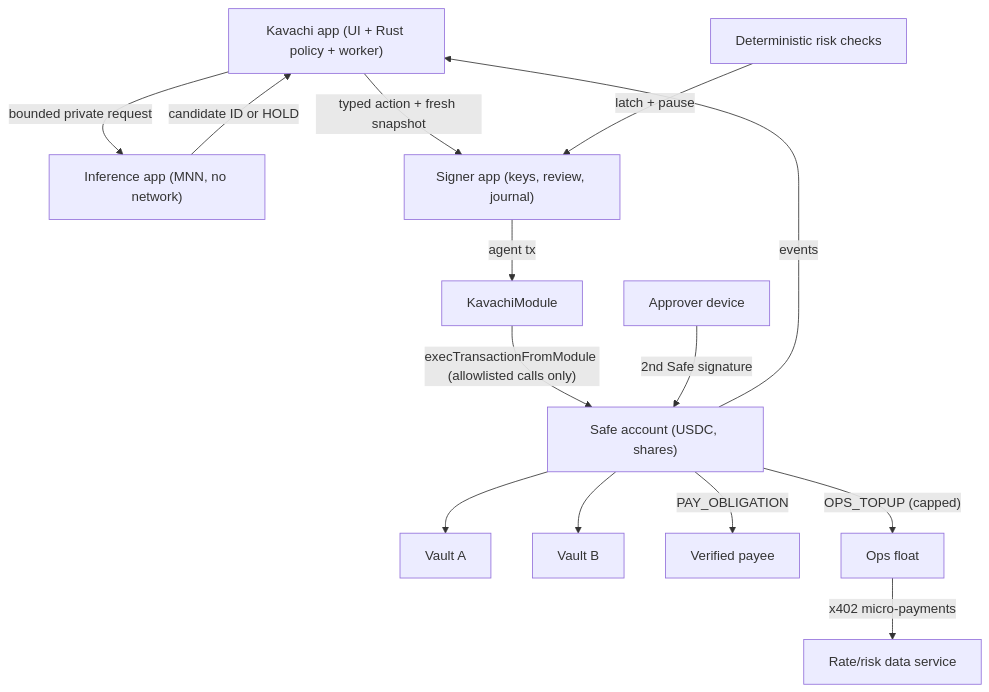
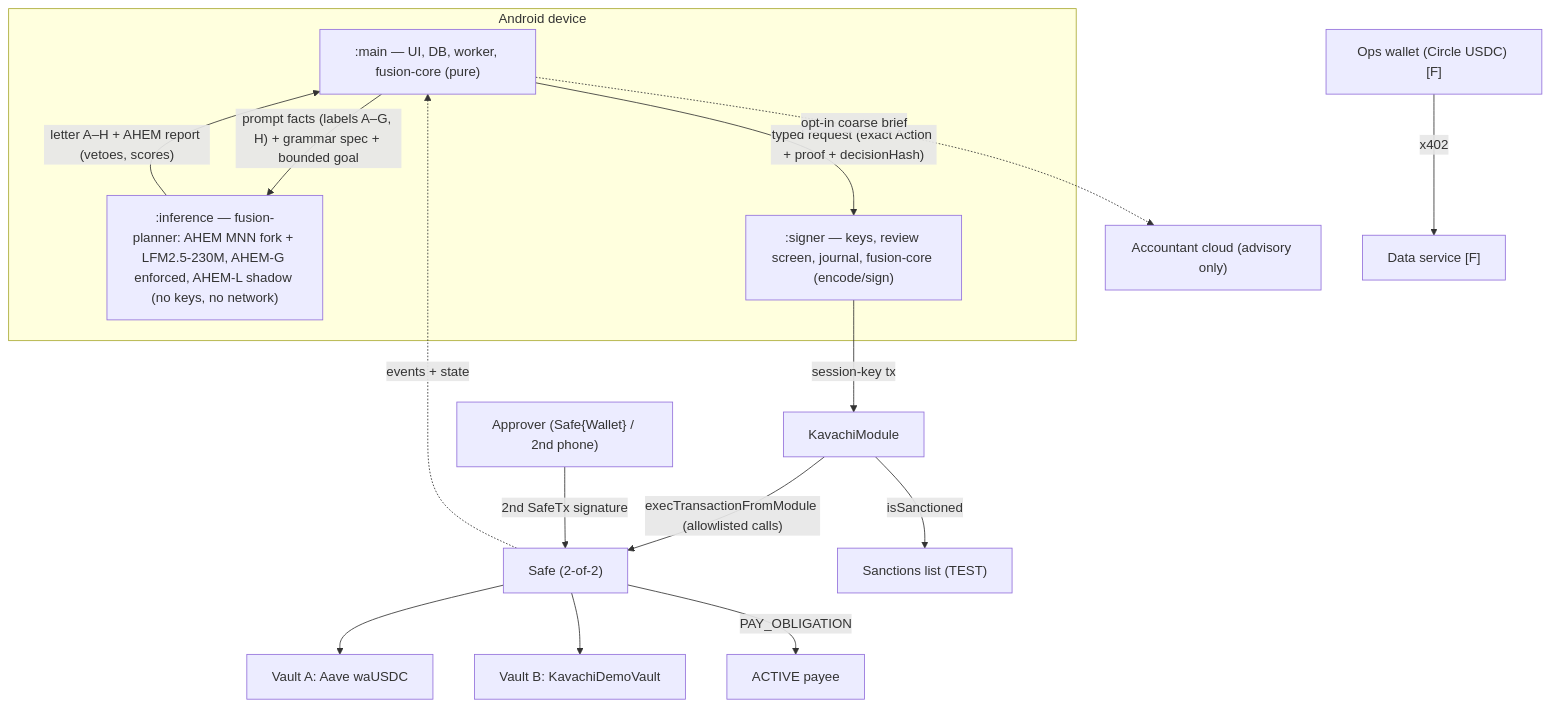
One commit to AdribMahmud101/fusion_wallet changed the diagram in system architecture/fusion_wallet_architecture.md. Above: the diagram before and after it, drawn with Mermaid. The commit also changed other lines of this file and 8 other files, not shown here.

Commit message:
Architecture spec v5.0; archive v4.0; scaffold helper/ with competition rules

````diff
--- a/system architecture/fusion_wallet_architecture.md
+++ b/system architecture/fusion_wallet_architecture.md
@@ -163,16 +425,21 @@
 ```mermaid
 flowchart TD
-  UI["Kavachi app (UI + Rust policy + worker)"] -->|"bounded private request"| AI["Inference app (MNN, no network)"]
-  AI -->|"candidate ID or HOLD"| UI
-  UI -->|"typed action + fresh snapshot"| SIGN["Signer app (keys, review, journal)"]
-  SIGN -->|"agent tx"| MOD["KavachiModule"]
-  MOD -->|"execTransactionFromModule (allowlisted calls only)"| SAFE["Safe account (USDC, shares)"]
-  SAFE --> VA["Vault A"]
-  SAFE --> VB["Vault B"]
-  SAFE -->|"PAY_OBLIGATION"| PAYEE["Verified payee"]
-  SAFE -->|"OPS_TOPUP (capped)"| OPS["Ops float"]
-  OPS -->|"x402 micro-payments"| DATA["Rate/risk data service"]
-  APPR["Approver device"] -->|"2nd Safe signature"| SAFE
-  SAFE -->|"events"| UI
-  RISK["Deterministic risk checks"] -->|"latch + pause"| SIGN
+  subgraph Phone["Android device"]
+    UI[":main — UI, DB, worker, fusion-core (pure)"]
+    INF[":inference — fusion-planner: AHEM MNN fork + LFM2.5-230M, AHEM-G enforced, AHEM-L shadow (no keys, no network)"]
+    SIG[":signer — keys, review screen, journal, fusion-core (encode/sign)"]
+  end
+  UI -->|"prompt facts (labels A–G, H) + grammar spec + bounded goal"| INF
+  INF -->|"letter A–H + AHEM report (vetoes, scores)"| UI
+  UI -->|"typed request (exact Action + proof + decisionHash)"| SIG
+  SIG -->|"session-key tx"| MOD["KavachiModule"]
+  MOD -->|"execTransactionFromModule (allowlisted calls)"| SAFE["Safe (2-of-2)"]
+  SAFE --> VA["Vault A: Aave waUSDC"]
+  SAFE --> VB["Vault B: KavachiDemoVault"]
+  SAFE -->|"PAY_OBLIGATION"| PAYEE["ACTIVE payee"]
+  APPR["Approver (Safe{Wallet} / 2nd phone)"] -->|"2nd SafeTx signature"| SAFE
+  MOD -->|"isSanctioned"| SL["Sanctions list (TEST)"]
+  SAFE -. "events + state" .-> UI
+  UI -. "opt-in coarse brief" .-> CLOUD["Accountant cloud (advisory only)"]
+  OPS["Ops wallet (Circle USDC) [F]"] -->|"x402"| DATA["Data service [F]"]
 ```
````
